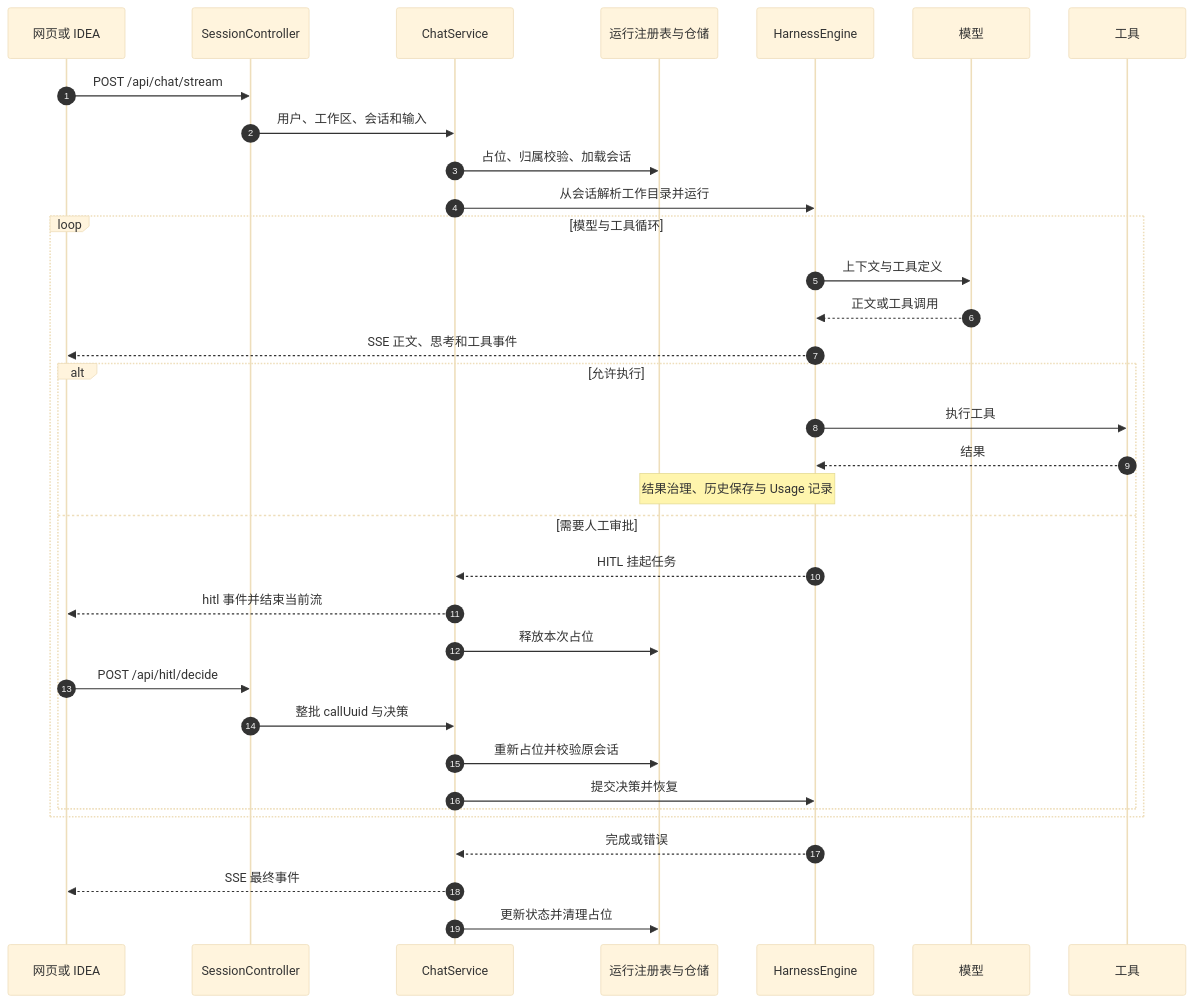
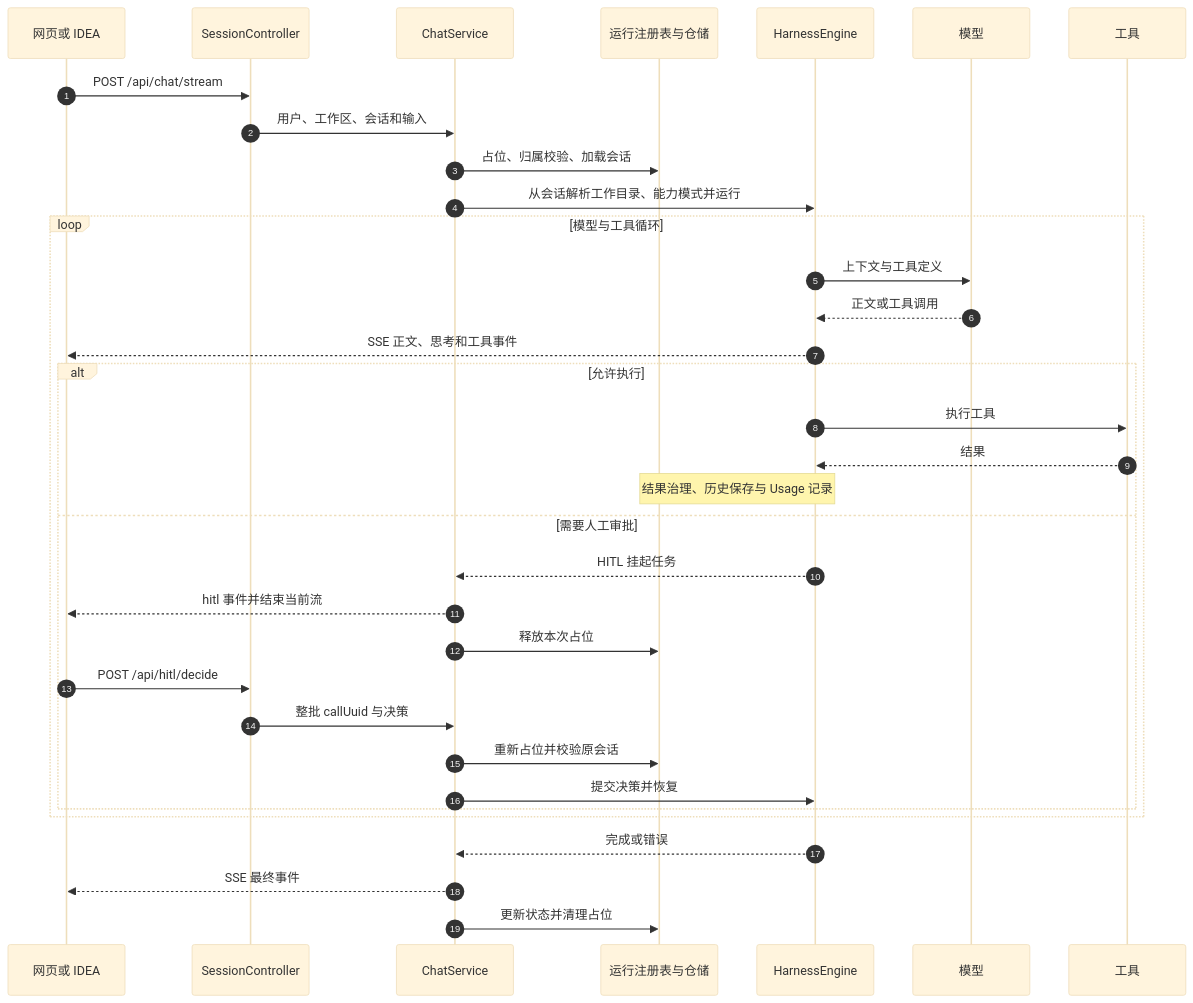
Before and after one commit to MaJiaju-star/udataHarness: the first of 2 diagrams in docs/design.md, drawn with Mermaid (base theme). The commit also changed other lines of this file and 18 other files, not shown here.

````diff
--- a/docs/design.md
+++ b/docs/design.md
@@ -99,36 +99,36 @@
 ```mermaid
 sequenceDiagram
     autonumber
     participant C as 网页或 IDEA
     participant API as SessionController
     participant Chat as ChatService
     participant R as 运行注册表与仓储
     participant H as HarnessEngine
     participant M as 模型
     participant T as 工具
     C->>API: POST /api/chat/stream
     API->>Chat: 用户、工作区、会话和输入
     Chat->>R: 占位、归属校验、加载会话
-    Chat->>H: 从会话解析工作目录并运行
+    Chat->>H: 从会话解析工作目录、能力模式并运行
     loop 模型与工具循环
         H->>M: 上下文与工具定义
         M-->>H: 正文或工具调用
         H-->>C: SSE 正文、思考和工具事件
         alt 允许执行
             H->>T: 执行工具
             T-->>H: 结果
             Note over H,R: 结果治理、历史保存与 Usage 记录
         else 需要人工审批
             H-->>Chat: HITL 挂起任务
             Chat-->>C: hitl 事件并结束当前流
             Chat->>R: 释放本次占位
             C->>API: POST /api/hitl/decide
             API->>Chat: 整批 callUuid 与决策
             Chat->>R: 重新占位并校验原会话
             Chat->>H: 提交决策并恢复
         end
     end
     H-->>Chat: 完成或错误
     Chat-->>C: SSE 最终事件
     Chat->>R: 更新状态并清理占位
 ```
````
